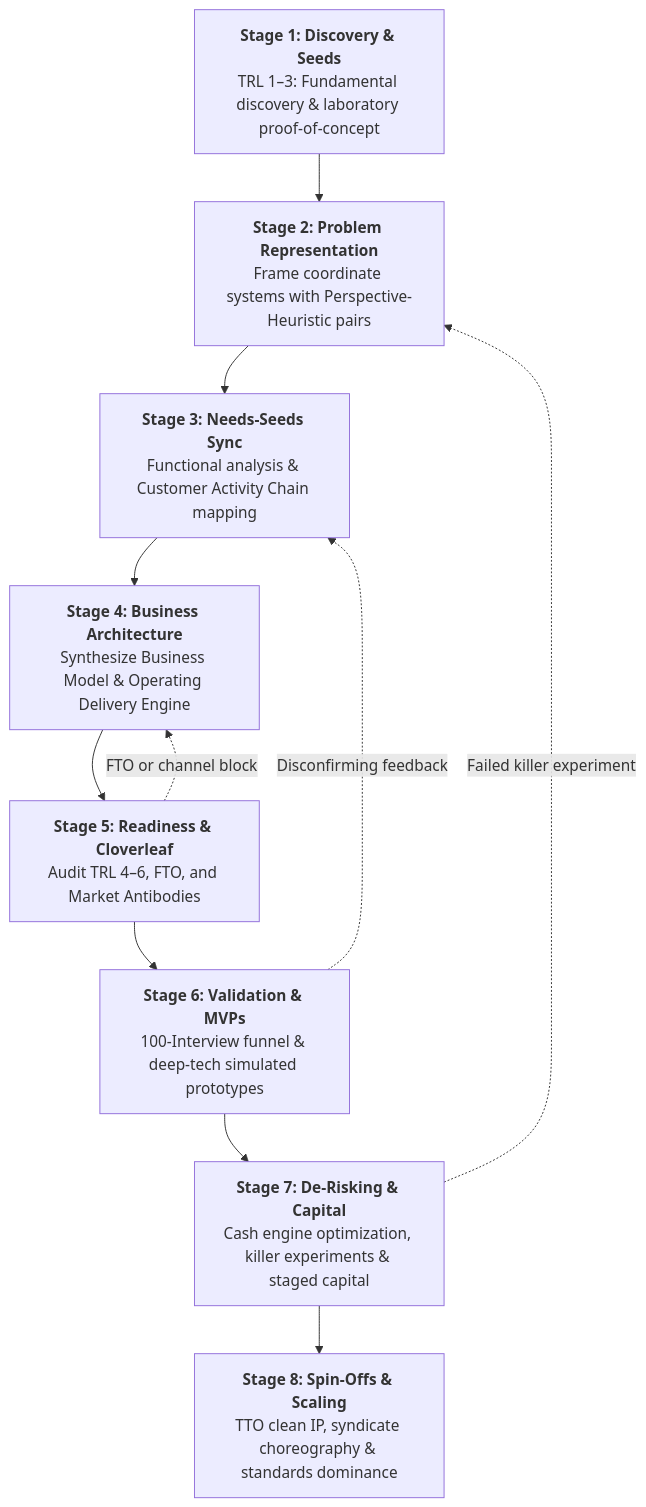
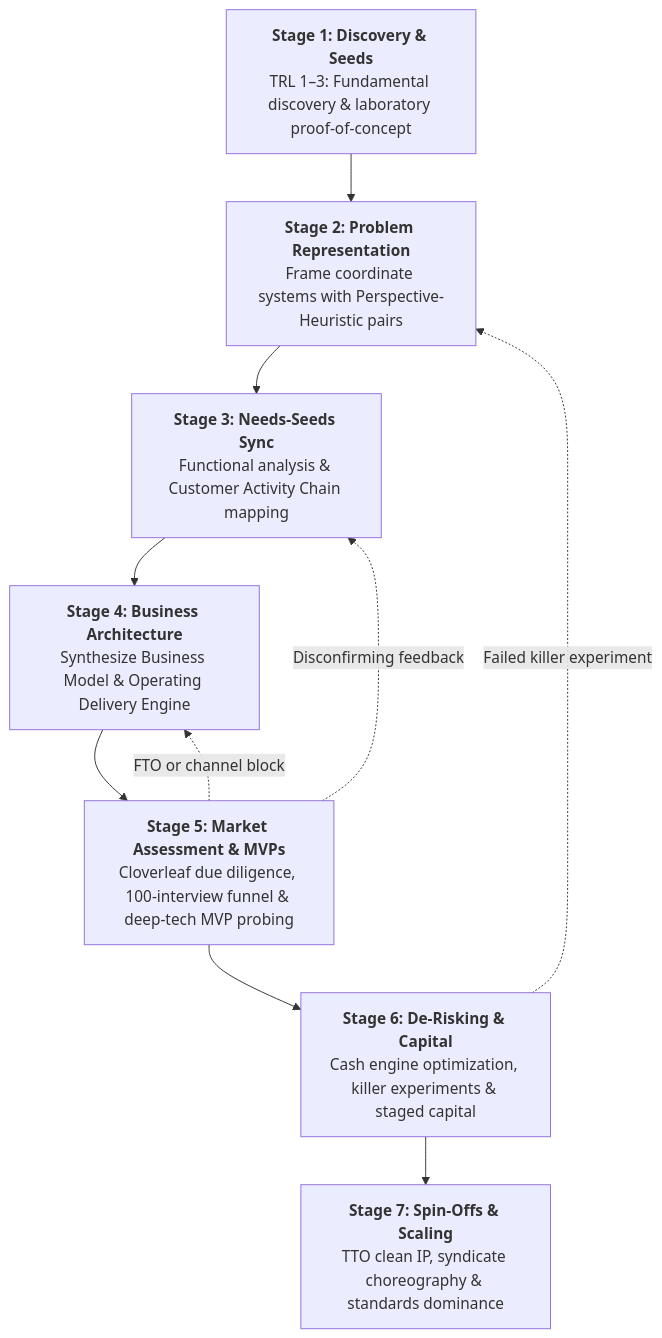
The diagram in stages/index.md (nghuyenthevinh2000/innovation-research), drawn with Mermaid before and after one commit. The commit also changed other lines of this file and 19 other files, not shown here.

Commit message:
refactor(stages): merge Stage 5 and 6 into unified Market Assessment & MVP Validation stage

````diff
--- a/stages/index.md
+++ b/stages/index.md
@@ -11,17 +11,16 @@
 ```mermaid
 flowchart TD
     S1["<b>Stage 1: Discovery & Seeds</b><br/>TRL 1–3: Fundamental discovery & laboratory proof-of-concept"]
     S2["<b>Stage 2: Problem Representation</b><br/>Frame coordinate systems with Perspective-Heuristic pairs"]
     S3["<b>Stage 3: Needs-Seeds Sync</b><br/>Functional analysis & Customer Activity Chain mapping"]
     S4["<b>Stage 4: Business Architecture</b><br/>Synthesize Business Model & Operating Delivery Engine"]
-    S5["<b>Stage 5: Readiness & Cloverleaf</b><br/>Audit TRL 4–6, FTO, and Market Antibodies"]
-    S6["<b>Stage 6: Validation & MVPs</b><br/>100-Interview funnel & deep-tech simulated prototypes"]
-    S7["<b>Stage 7: De-Risking & Capital</b><br/>Cash engine optimization, killer experiments & staged capital"]
-    S8["<b>Stage 8: Spin-Offs & Scaling</b><br/>TTO clean IP, syndicate choreography & standards dominance"]
+    S5["<b>Stage 5: Market Assessment & MVPs</b><br/>Cloverleaf due diligence, 100-interview funnel & deep-tech MVP probing"]
+    S6["<b>Stage 6: De-Risking & Capital</b><br/>Cash engine optimization, killer experiments & staged capital"]
+    S7["<b>Stage 7: Spin-Offs & Scaling</b><br/>TTO clean IP, syndicate choreography & standards dominance"]
 
-    S1 --> S2 --> S3 --> S4 --> S5 --> S6 --> S7 --> S8
+    S1 --> S2 --> S3 --> S4 --> S5 --> S6 --> S7
 
-    S6 -.->|"Disconfirming feedback"| S3
+    S5 -.->|"Disconfirming feedback"| S3
     S5 -.->|"FTO or channel block"| S4
-    S7 -.->|"Failed killer experiment"| S2
+    S6 -.->|"Failed killer experiment"| S2
 ```
````
